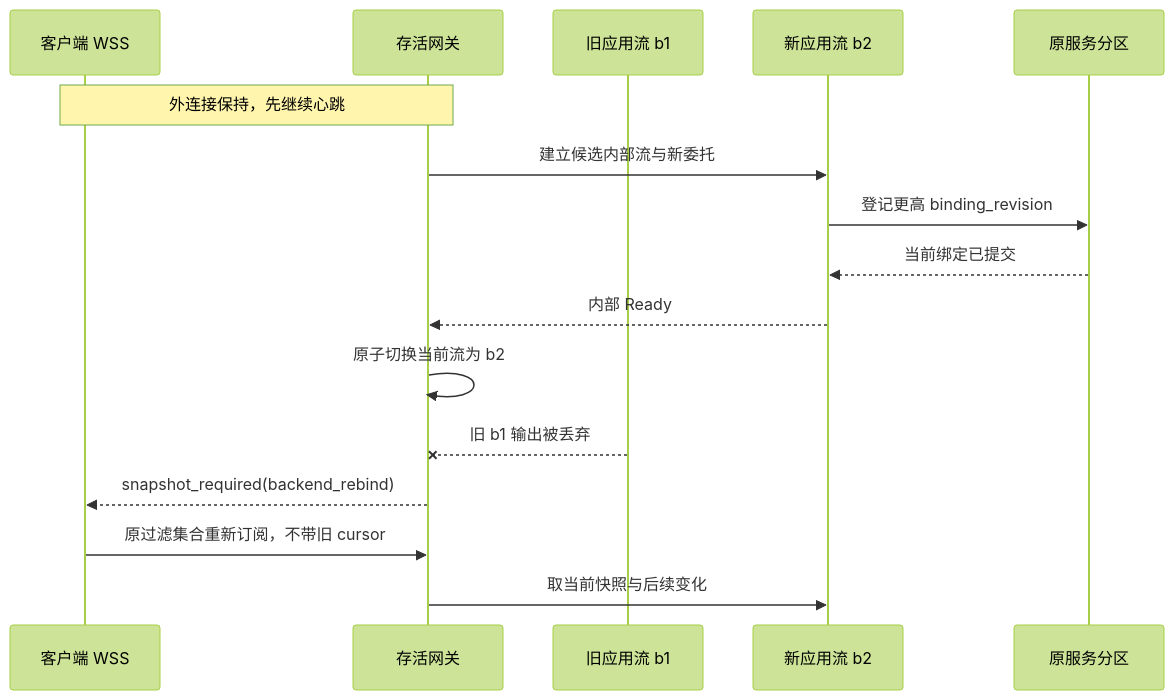
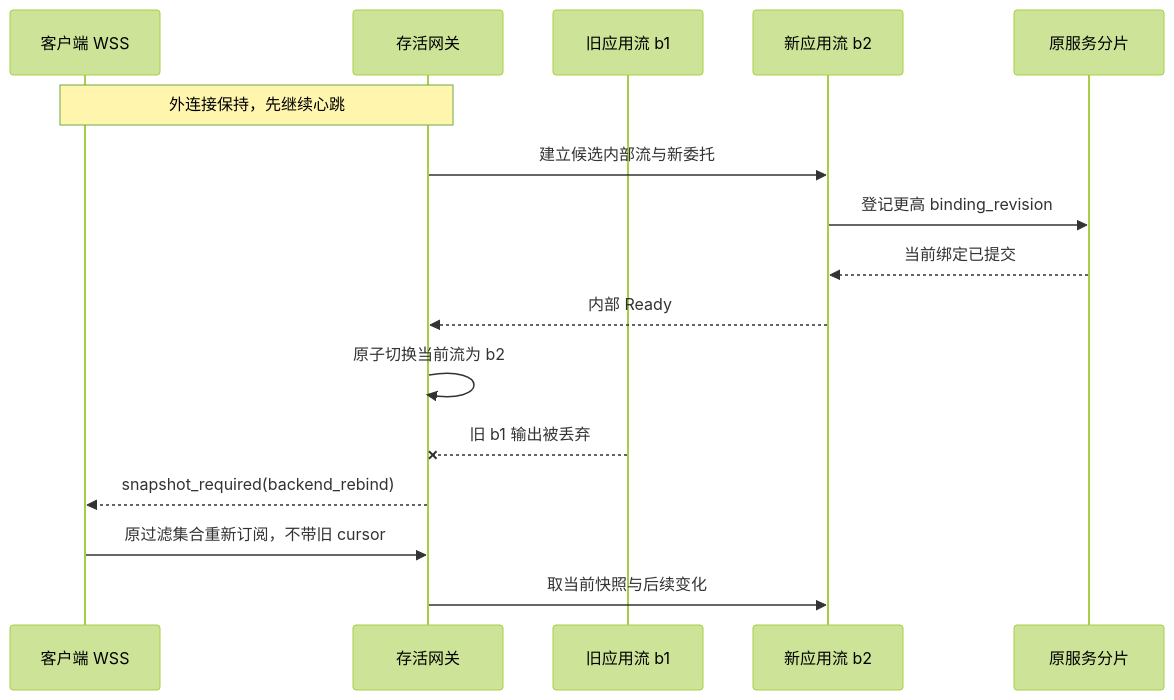
Before and after one commit to ruipengliu/lerna: the sixth of 9 diagrams in docs/architecture/deployment-production.md, drawn with Mermaid (forest theme). The commit also changed other lines of this file and 205 other files, not shown here.

Commit message:
docs: unify architecture terminology

````diff
--- a/docs/architecture/deployment-production.md
+++ b/docs/architecture/deployment-production.md
@@ -193,18 +193,18 @@
 ```mermaid
 sequenceDiagram
     participant C as 客户端 WSS
     participant G as 存活网关
     participant O as 旧应用流 b1
     participant N as 新应用流 b2
-    participant D as 原服务分区
+    participant D as 原服务分片
     Note over C,G: 外连接保持，先继续心跳
     G->>N: 建立候选内部流与新委托
     N->>D: 登记更高 binding_revision
     D-->>N: 当前绑定已提交
     N-->>G: 内部 Ready
     G->>G: 原子切换当前流为 b2
     O--xG: 旧 b1 输出被丢弃
     G-->>C: snapshot_required(backend_rebind)
     C->>G: 原过滤集合重新订阅，不带旧 cursor
     G->>N: 取当前快照与后续变化
 ```
````
